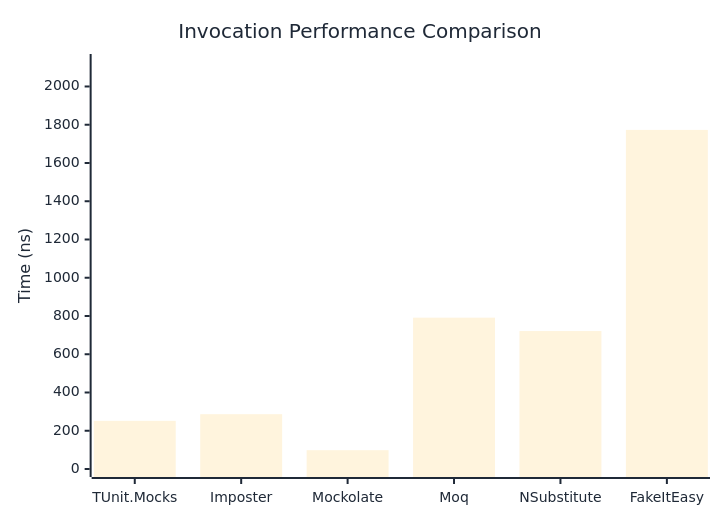
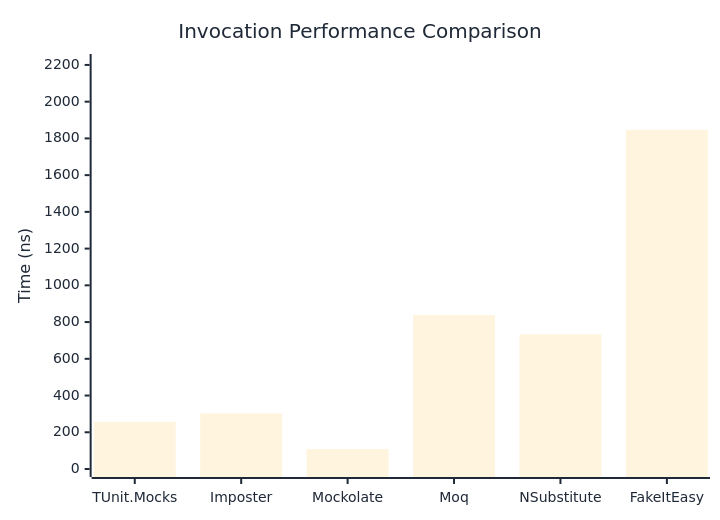
Before and after one commit to thomhurst/TUnit: the first of 3 diagrams in docs/docs/benchmarks/mocks/Invocation.md, drawn with Mermaid. The commit also changed other lines of this file and 14 other files, not shown here.

````diff
--- a/docs/docs/benchmarks/mocks/Invocation.md
+++ b/docs/docs/benchmarks/mocks/Invocation.md
@@ -28,27 +28,27 @@
 ```mermaid
 %%{init: {
   'theme':'base',
   'themeVariables': {
     'primaryColor': '#2563eb',
     'primaryTextColor': '#1f2937',
     'primaryBorderColor': '#1e40af',
     'lineColor': '#6b7280',
     'secondaryColor': '#7c3aed',
     'tertiaryColor': '#dc2626',
     'background': '#ffffff',
     'pie1': '#2563eb',
     'pie2': '#7c3aed',
     'pie3': '#dc2626',
     'pie4': '#f59e0b',
     'pie5': '#10b981',
     'pie6': '#06b6d4',
     'pie7': '#ec4899',
     'pie8': '#6366f1'
   }
 }}%%
 xychart-beta
   title "Invocation Performance Comparison"
   x-axis ["TUnit.Mocks", "Imposter", "Mockolate", "Moq", "NSubstitute", "FakeItEasy"]
-  y-axis "Time (ns)" 0 --> 2128
-  bar [251.77, 286.5, 98.31, 791.25, 721.26, 1772.96]
+  y-axis "Time (ns)" 0 --> 2216
+  bar [256.6, 302.7, 108.1, 838.3, 733.4, 1846.6]
 ```
````
